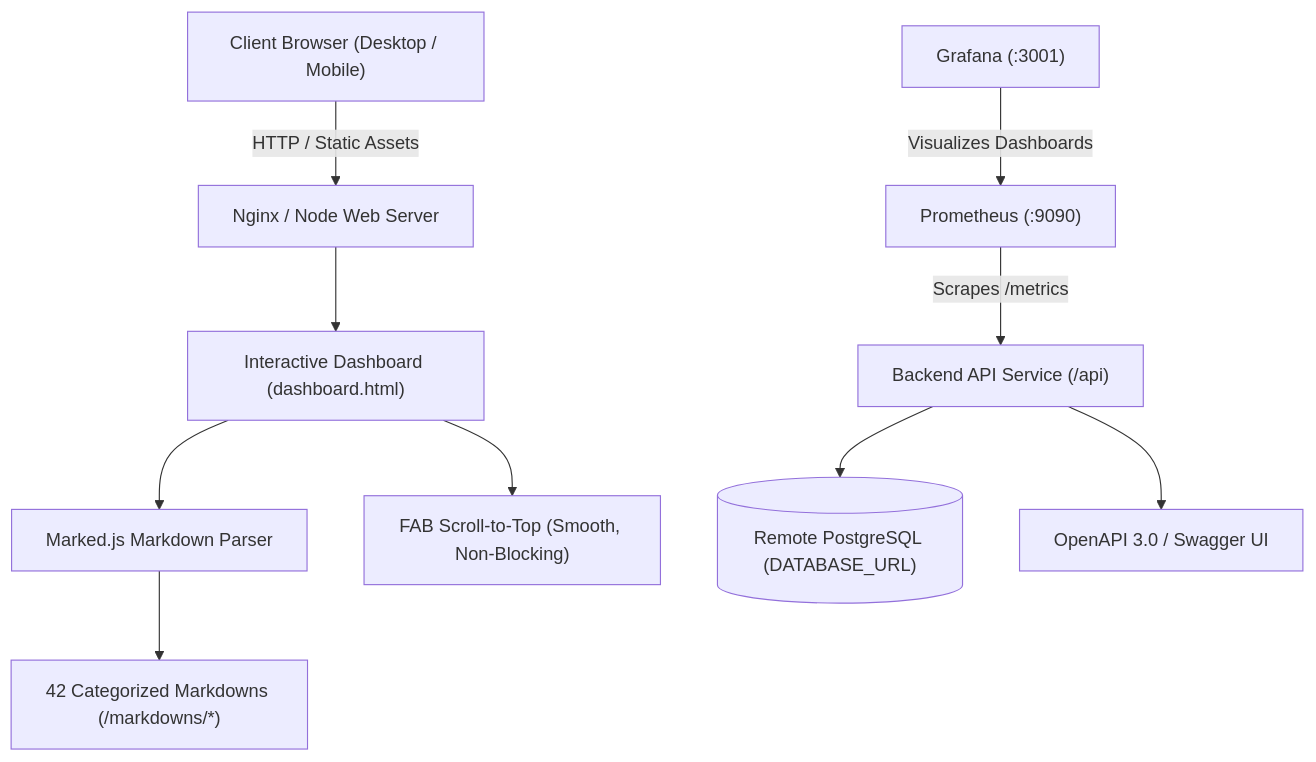
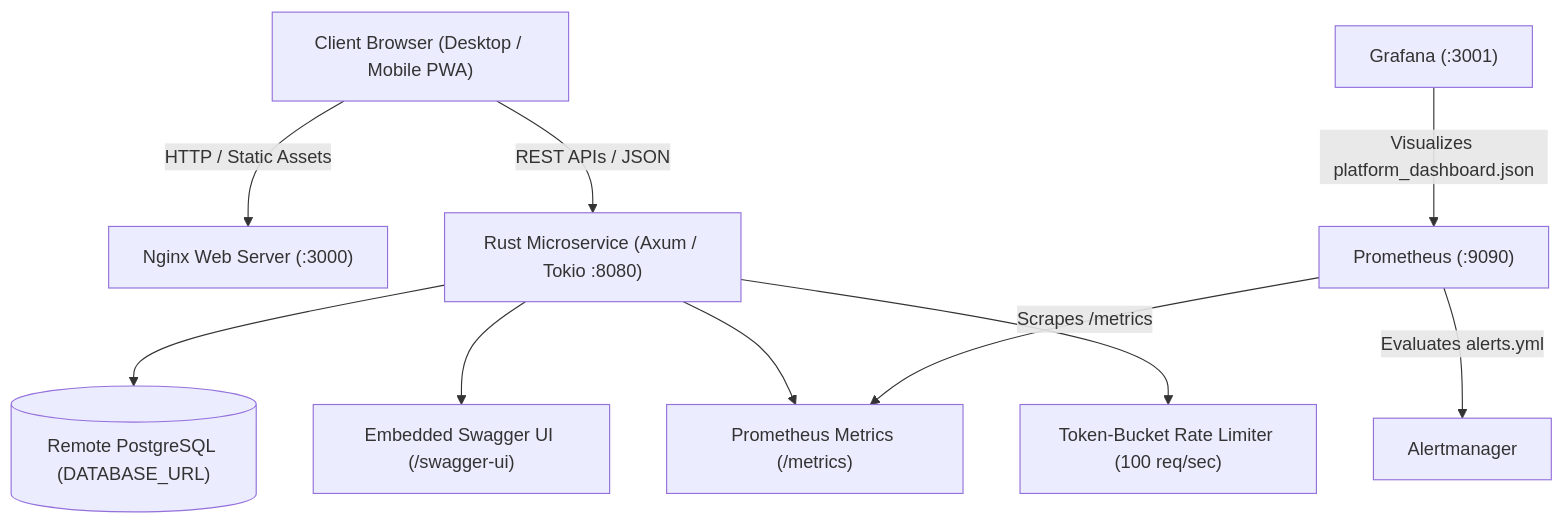
The diagram in README.md (sgdevmane/interview-guide), drawn with Mermaid before and after one commit. The commit also changed other lines of this file and 65 other files, not shown here.

Commit message:
feat: add backend service, infrastructure modules, and specialized interview question content

````diff
--- a/README.md
+++ b/README.md
@@ -42,14 +47,14 @@
 ```mermaid
 graph TD
-    Client["Client Browser (Desktop / Mobile)"] --> |HTTP / Static Assets| Nginx["Nginx / Node Web Server"]
-    Nginx --> Dashboard["Interactive Dashboard (dashboard.html)"]
-    Dashboard --> MarkedEngine["Marked.js Markdown Parser"]
-    Dashboard --> FAB["FAB Scroll-to-Top (Smooth, Non-Blocking)"]
-    MarkedEngine --> Markdowns["42 Categorized Markdowns (/markdowns/*)"]
+    Client["Client Browser (Desktop / Mobile PWA)"] --> |HTTP / Static Assets| Nginx["Nginx Web Server (:3000)"]
+    Client --> |REST APIs / JSON| RustBackend["Rust Microservice (Axum / Tokio :8080)"]
     
-    BackendAPI["Backend API Service (/api)"] --> RemoteDB[("Remote PostgreSQL (DATABASE_URL)")]
-    BackendAPI --> Swagger["OpenAPI 3.0 / Swagger UI"]
+    RustBackend --> RemoteDB[("Remote PostgreSQL (DATABASE_URL)")]
+    RustBackend --> SwaggerUI["Embedded Swagger UI (/swagger-ui)"]
+    RustBackend --> MetricsHandler["Prometheus Metrics (/metrics)"]
+    RustBackend --> RateLimiter["Token-Bucket Rate Limiter (100 req/sec)"]
     
-    Prometheus["Prometheus (:9090)"] --> |Scrapes /metrics| BackendAPI
-    Grafana["Grafana (:3001)"] --> |Visualizes Dashboards| Prometheus
+    Prometheus["Prometheus (:9090)"] --> |Scrapes /metrics| MetricsHandler
+    Prometheus --> |Evaluates alerts.yml| PrometheusAlerts["Alertmanager"]
+    Grafana["Grafana (:3001)"] --> |Visualizes platform_dashboard.json| Prometheus
 ```
````
